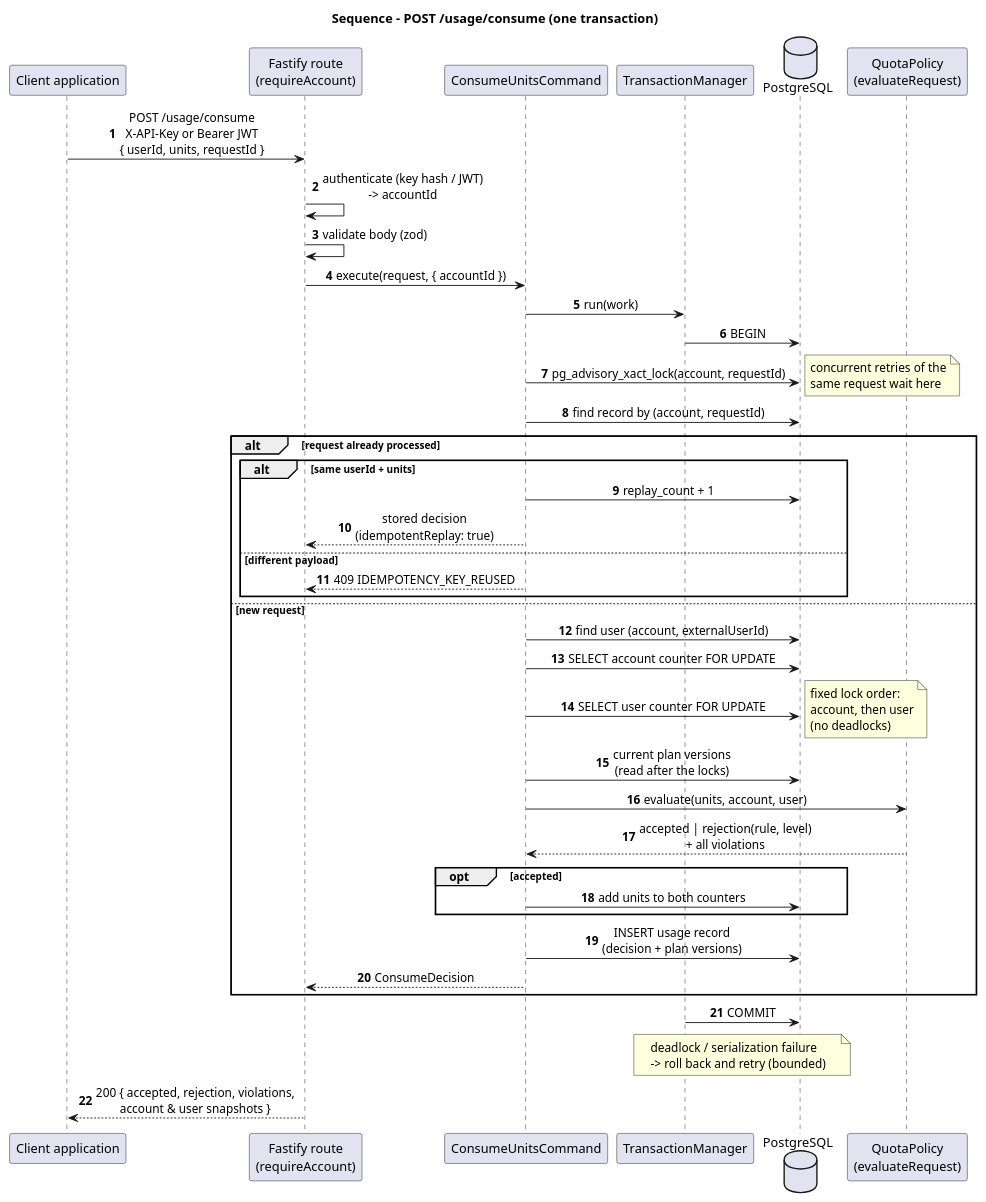
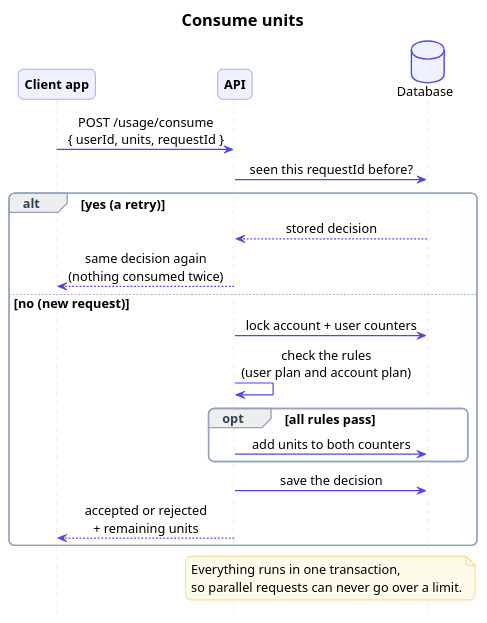
One commit to QaisRjoob/usage-metering-service changed the diagram in docs/uml/02-sequence-consume.puml. Above: the diagram before and after it, drawn with PlantUML. The commit also changed 12 other files, not shown here.

Commit message:
UML: simpler, cleaner sequence diagrams

```diff
--- a/docs/uml/02-sequence-consume.puml
+++ b/docs/uml/02-sequence-consume.puml
@@ -1,50 +1,51 @@
 @startuml 02-sequence-consume
-title Sequence - POST /usage/consume (one transaction)
+title Consume units
+hide footbox
 skinparam shadowing false
+skinparam defaultFontName Arial
+skinparam defaultFontSize 14
 skinparam sequenceMessageAlign center
-autonumber
+skinparam roundCorner 12
+skinparam ArrowColor #4F46E5
+skinparam ArrowThickness 1.3
+skinparam SequenceLifeLineBorderColor #C7D2FE
+skinparam ParticipantBackgroundColor #EEF2FF
+skinparam ParticipantBorderColor #4F46E5
+skinparam ParticipantFontStyle bold
+skinparam ActorBackgroundColor #EEF2FF
+skinparam ActorBorderColor #4F46E5
+skinparam DatabaseBackgroundColor #EEF2FF
+skinparam DatabaseBorderColor #4F46E5
+skinparam NoteBackgroundColor #FFFBEB
+skinparam NoteBorderColor #F59E0B
+skinparam SequenceGroupBorderColor #94A3B8
+skinparam SequenceGroupHeaderFontColor #334155
+skinparam SequenceDividerBackgroundColor #E0E7FF
+skinparam SequenceDividerBorderColor #4F46E5
+skinparam TitleFontSize 18
 
-participant "Client application" as Client
-participant "Fastify route\n(requireAccount)" as Route
-participant "ConsumeUnitsCommand" as Cmd
-participant "TransactionManager" as Tx
-database "PostgreSQL" as DB
-participant "QuotaPolicy\n(evaluateRequest)" as Policy
+participant "Client app" as Client
+participant "API" as API
+database "Database" as DB
 
-Client -> Route : POST /usage/consume\nX-API-Key or Bearer JWT\n{ userId, units, requestId }
-Route -> Route : authenticate (key hash / JWT)\n-> accountId
-Route -> Route : validate body (zod)
-Route -> Cmd : execute(request, { accountId })
-Cmd -> Tx : run(work)
-Tx -> DB : BEGIN
+Client -> API : POST /usage/consume\n{ userId, units, requestId }
+API -> DB : seen this requestId before?
 
-Cmd -> DB : pg_advisory_xact_lock(account, requestId)
-note right: concurrent retries of the\nsame request wait here
-Cmd -> DB : find record by (account, requestId)
-
-alt request already processed
-  alt same userId + units
-    Cmd -> DB : replay_count + 1
-    Cmd --> Route : stored decision\n(idempotentReplay: true)
-  else different payload
-    Cmd --> Route : 409 IDEMPOTENCY_KEY_REUSED
+alt yes (a retry)
+  DB --> API : stored decision
+  API --> Client : same decision again\n(nothing consumed twice)
+else no (new request)
+  API -> DB : lock account + user counters
+  API -> API : check the rules\n(user plan and account plan)
+  opt all rules pass
+    API -> DB : add units to both counters
   end
-else new request
-  Cmd -> DB : find user (account, externalUserId)
-  Cmd -> DB : SELECT account counter FOR UPDATE
-  Cmd -> DB : SELECT user counter FOR UPDATE
-  note right: fixed lock order:\naccount, then user\n(no deadlocks)
-  Cmd -> DB : current plan versions\n(read after the locks)
-  Cmd -> Policy : evaluate(units, account, user)
-  Policy --> Cmd : accepted | rejection(rule, level)\n+ all violations
-  opt accepted
-    Cmd -> DB : add units to both counters
-  end
-  Cmd -> DB : INSERT usage record\n(decision + plan versions)
-  Cmd --> Route : ConsumeDecision
+  API -> DB : save the decision
+  API --> Client : accepted or rejected\n+ remaining units
 end
 
-Tx -> DB : COMMIT
-note over Tx, DB : deadlock / serialization failure\n-> roll back and retry (bounded)
-Route --> Client : 200 { accepted, rejection, violations,\naccount & user snapshots }
+note over API, DB
+  Everything runs in one transaction,
+  so parallel requests can never go over a limit.
+end note
 @enduml
```
